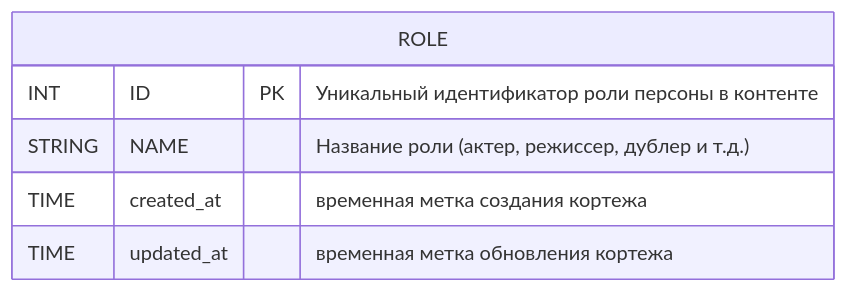
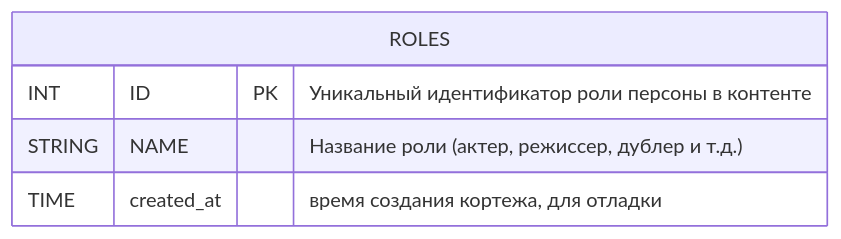
The seventh of 25 diagrams in db/normalized/relations.md (go-park-mail-ru/2024_1_Cyberkotletki), drawn with Mermaid before and after one commit. The commit also changed other lines of this file and 2 other files, not shown here.

````diff
--- a/db/normalized/relations.md
+++ b/db/normalized/relations.md
@@ -134,9 +185,8 @@
 ```mermaid
 erDiagram
-    ROLE{
+    ROLES{
         INT ID PK "Уникальный идентификатор роли персоны в контенте"
         STRING NAME "Название роли (актер, режиссер, дублер и т.д.)"
-        TIME created_at "временная метка создания кортежа"
-        TIME updated_at "временная метка обновления кортежа"
+        TIME created_at "время создания кортежа, для отладки"
     }
 ```
````
